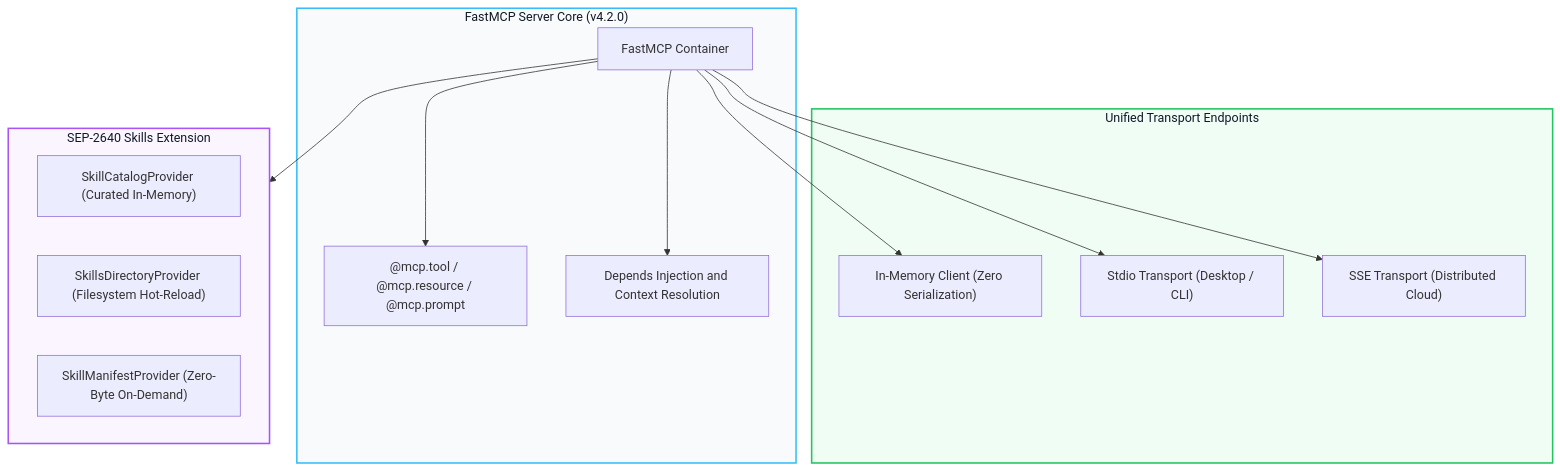
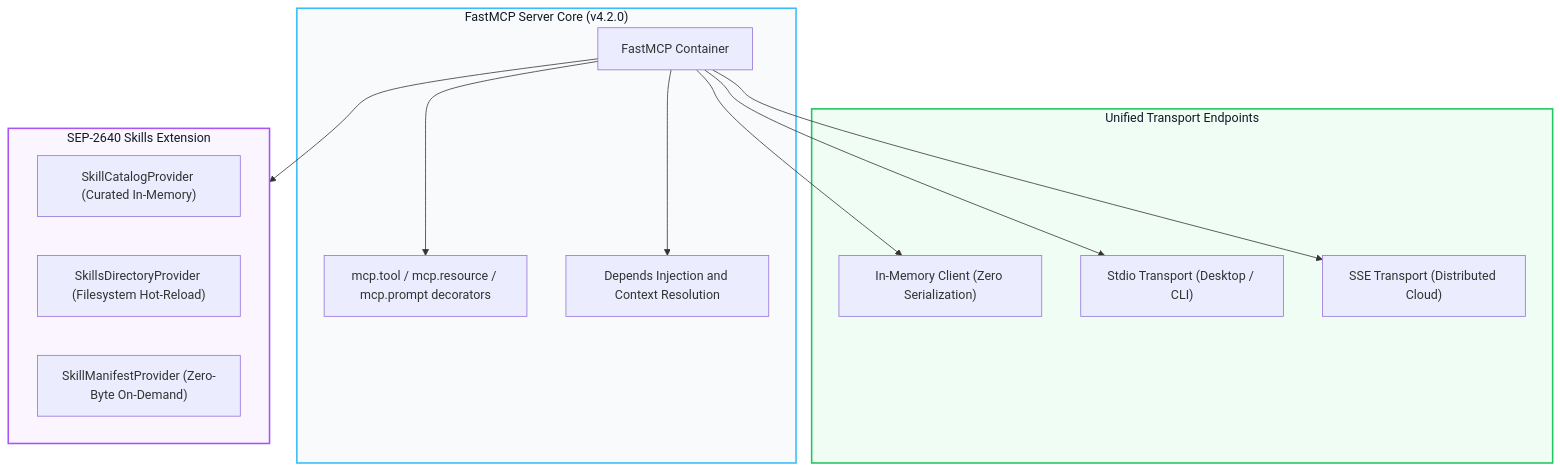
The diagram in _posts/2026-11-16-fastmcp-in-memory-and-skills-architecture.md (akillness/akillness.github.io), drawn with Mermaid before and after one commit. The commit also changed 3 other files, not shown here.

Commit message:
fix(blog): ensure clean, robust Mermaid syntax across all recent posts

````diff
--- a/_posts/2026-11-16-fastmcp-in-memory-and-skills-architecture.md
+++ b/_posts/2026-11-16-fastmcp-in-memory-and-skills-architecture.md
@@ -28,32 +28,32 @@
 ```mermaid
 %%{init: {"flowchart": {"useMaxWidth": false}}}%%
 flowchart TD
     subgraph ServerLayer ["FastMCP Server Core (v4.2.0)"]
         FastMCPServer["FastMCP Container"]
-        Decorators["@mcp.tool / @mcp.resource / @mcp.prompt"]
+        Decorators["mcp.tool / mcp.resource / mcp.prompt decorators"]
         DI["Depends Injection and Context Resolution"]
     end
 
     subgraph Transports ["Unified Transport Endpoints"]
         InMemory["In-Memory Client (Zero Serialization)"]
         StdioTransport["Stdio Transport (Desktop / CLI)"]
         SSETransport["SSE Transport (Distributed Cloud)"]
     end
 
     subgraph SkillsProviders ["SEP-2640 Skills Extension"]
         Catalog["SkillCatalogProvider (Curated In-Memory)"]
         Directory["SkillsDirectoryProvider (Filesystem Hot-Reload)"]
         Manifest["SkillManifestProvider (Zero-Byte On-Demand)"]
     end
 
     FastMCPServer --> Decorators
     FastMCPServer --> DI
     FastMCPServer --> InMemory
     FastMCPServer --> StdioTransport
     FastMCPServer --> SSETransport
     FastMCPServer --> SkillsProviders
 
     style ServerLayer fill:#f8fafc,stroke:#38bdf8,stroke-width:2px,color:#111827
     style Transports fill:#f0fdf4,stroke:#22c55e,stroke-width:2px,color:#111827
     style SkillsProviders fill:#faf5ff,stroke:#a855f7,stroke-width:2px,color:#111827
 ```
````
